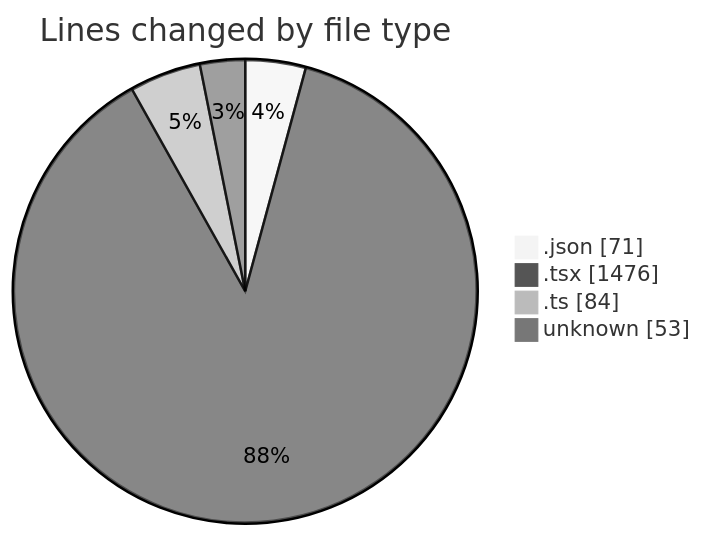
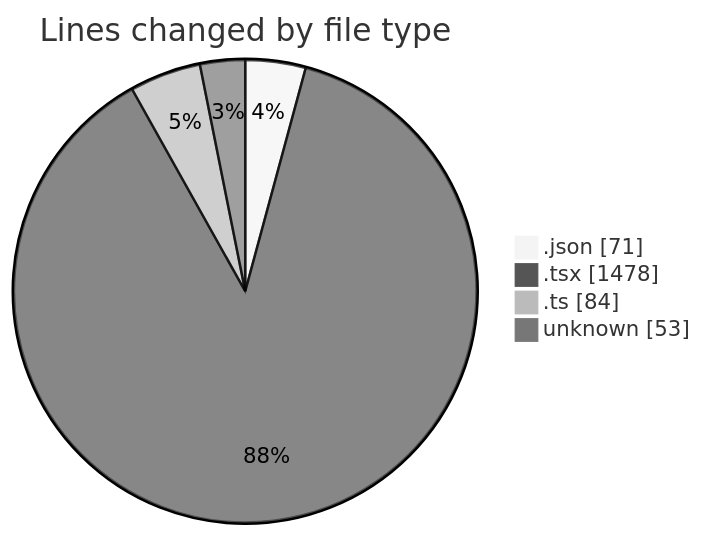
The first of 2 diagrams in 2026-01-29/cda/README.md (momahboobian/code-tracking), drawn with Mermaid (neutral theme) before and after one commit. The commit also changed other lines of this file and 1 other file, not shown here.

````diff
--- a/2026-01-29/cda/README.md
+++ b/2026-01-29/cda/README.md
@@ -23,8 +23,8 @@
 ```mermaid
 pie showData
 title Lines changed by file type
 ".json" : 71
-".tsx" : 1476
+".tsx" : 1478
 ".ts" : 84
 "unknown" : 53
 ```
````
